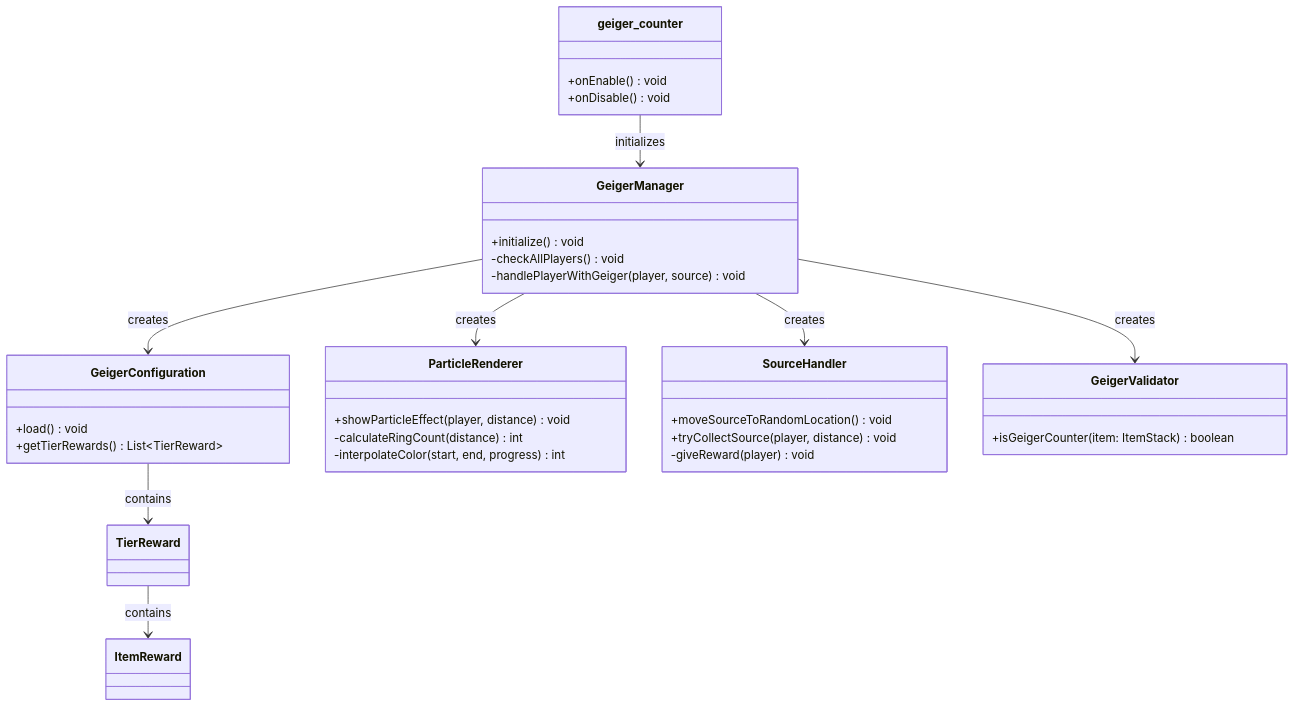
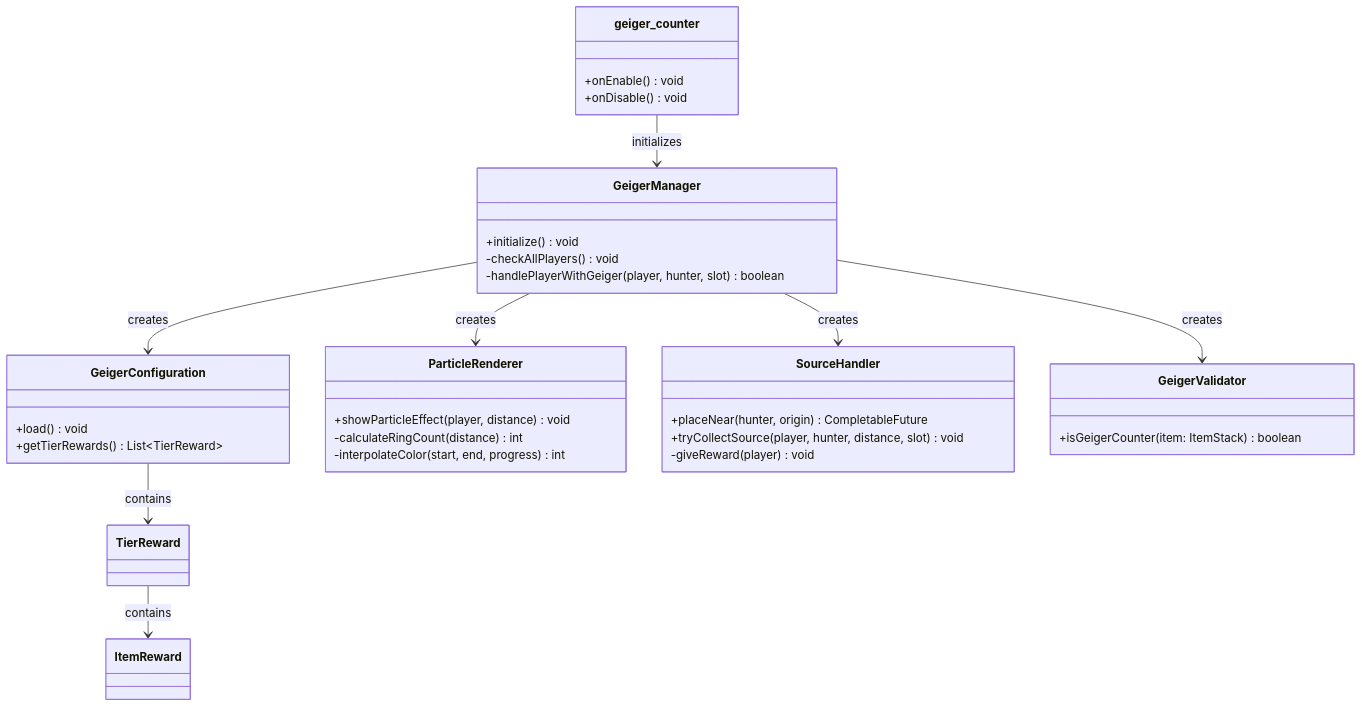
The diagram in projects/GeigerCounters/overview.md (TF-Minecraft/Docs), drawn with Mermaid before and after one commit. The commit also changed other lines of this file and 1 other file, not shown here.

First line of the commit message:
Document per-character GeigerCounters sources and the signal bar (#256)

````diff
--- a/projects/GeigerCounters/overview.md
+++ b/projects/GeigerCounters/overview.md
@@ -96,42 +107,42 @@
 ```mermaid
 classDiagram
     class geiger_counter {
         +onEnable() void
         +onDisable() void
     }
 
     class GeigerManager {
         +initialize() void
         -checkAllPlayers() void
-        -handlePlayerWithGeiger(player, source) void
+        -handlePlayerWithGeiger(player, hunter, slot) boolean
     }
 
     class GeigerConfiguration {
         +load() void
         +getTierRewards() List~TierReward~
     }
 
     class ParticleRenderer {
         +showParticleEffect(player, distance) void
         -calculateRingCount(distance) int
         -interpolateColor(start, end, progress) int
     }
 
     class SourceHandler {
-        +moveSourceToRandomLocation() void
-        +tryCollectSource(player, distance) void
+        +placeNear(hunter, origin) CompletableFuture
+        +tryCollectSource(player, hunter, distance, slot) void
         -giveReward(player) void
     }
 
     class GeigerValidator {
         +isGeigerCounter(item: ItemStack) boolean
     }
 
     geiger_counter --> GeigerManager : initializes
     GeigerManager --> GeigerConfiguration : creates
     GeigerManager --> GeigerValidator : creates
     GeigerManager --> ParticleRenderer : creates
     GeigerManager --> SourceHandler : creates
     GeigerConfiguration --> TierReward : contains
     TierReward --> ItemReward : contains
 ```
````
